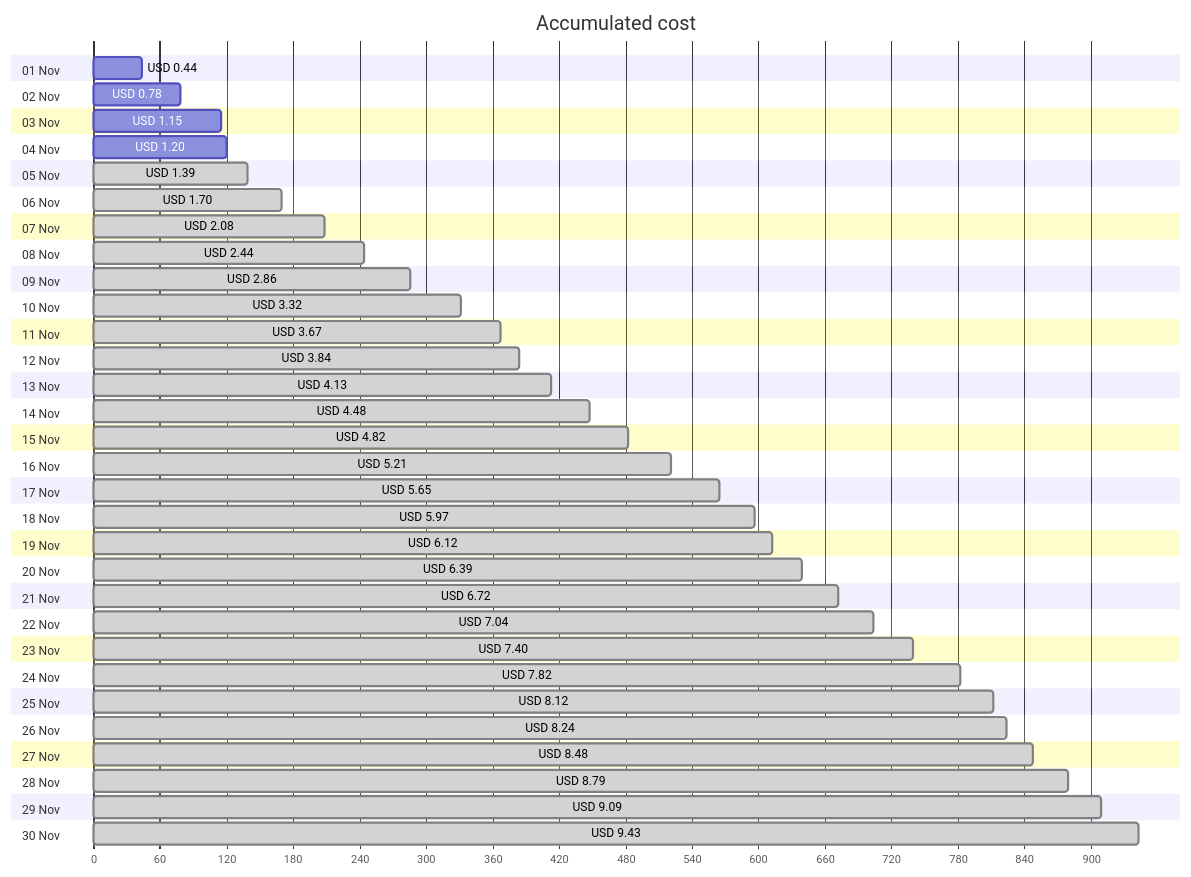
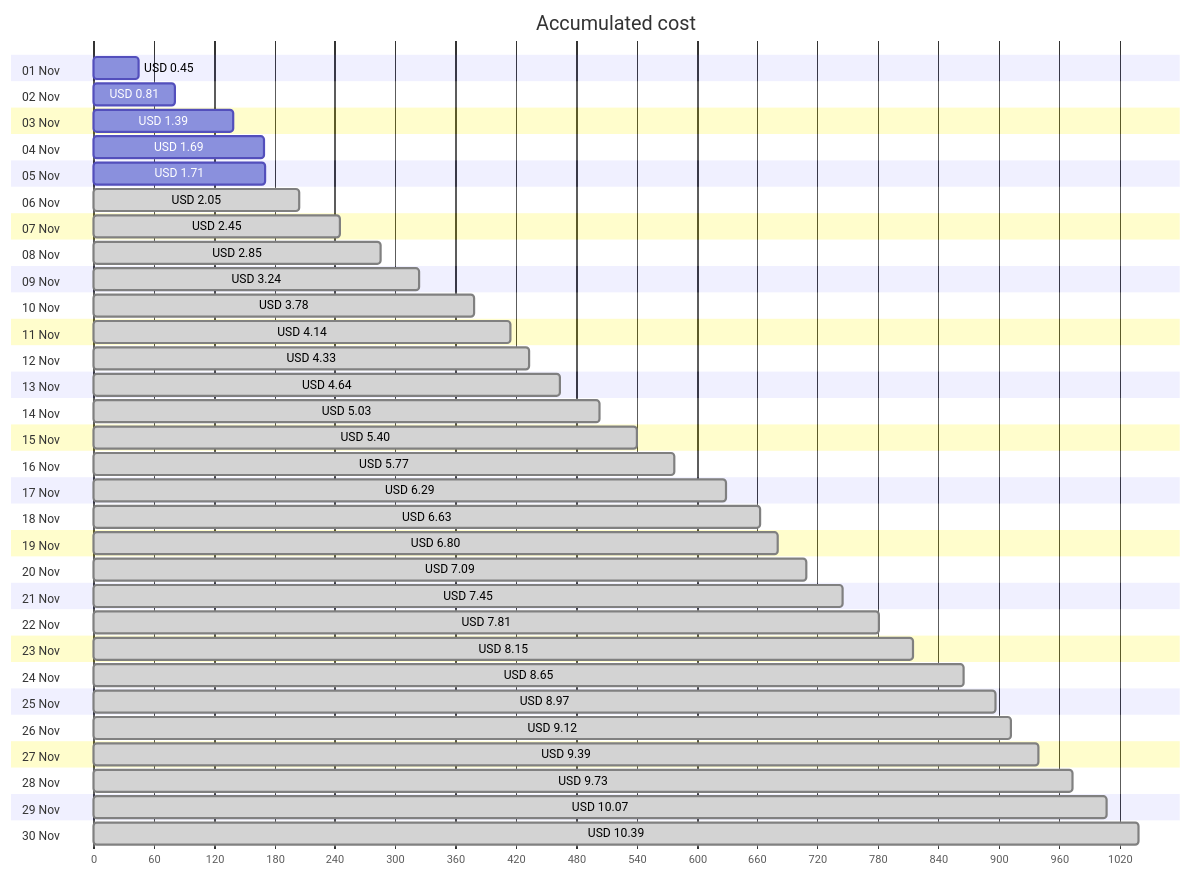
One commit to jpfulton/azure-personal-reports changed the first of 4 diagrams in cost-reports/personal-network/vpn-server.md. Above: the diagram before and after it, drawn with Mermaid. The commit also changed other lines of this file and 8 other files, not shown here.

````diff
--- a/cost-reports/personal-network/vpn-server.md
+++ b/cost-reports/personal-network/vpn-server.md
@@ -20,66 +20,66 @@
 ```mermaid
 gantt
    title Accumulated cost
    dateFormat  X
    axisFormat %s
    section 01 Nov
-   USD 0.44 :0, 44
+   USD 0.45 :0, 45
    section 02 Nov
-   USD 0.78 :0, 78
+   USD 0.81 :0, 81
    section 03 Nov
-   USD 1.15 :0, 115
+   USD 1.39 :0, 139
    section 04 Nov
-   USD 1.20 :0, 120
+   USD 1.69 :0, 169
    section 05 Nov
-   USD 1.39 : done, 0, 139
+   USD 1.71 :0, 171
    section 06 Nov
-   USD 1.70 : done, 0, 170
+   USD 2.05 : done, 0, 205
    section 07 Nov
-   USD 2.08 : done, 0, 208
+   USD 2.45 : done, 0, 245
    section 08 Nov
-   USD 2.44 : done, 0, 244
+   USD 2.85 : done, 0, 285
    section 09 Nov
-   USD 2.86 : done, 0, 286
+   USD 3.24 : done, 0, 324
    section 10 Nov
-   USD 3.32 : done, 0, 332
+   USD 3.78 : done, 0, 378
    section 11 Nov
-   USD 3.67 : done, 0, 367
+   USD 4.14 : done, 0, 414
    section 12 Nov
-   USD 3.84 : done, 0, 384
+   USD 4.33 : done, 0, 433
    section 13 Nov
-   USD 4.13 : done, 0, 413
+   USD 4.64 : done, 0, 464
    section 14 Nov
-   USD 4.48 : done, 0, 448
+   USD 5.03 : done, 0, 503
    section 15 Nov
-   USD 4.82 : done, 0, 482
+   USD 5.40 : done, 0, 540
    section 16 Nov
-   USD 5.21 : done, 0, 521
+   USD 5.77 : done, 0, 577
    section 17 Nov
-   USD 5.65 : done, 0, 565
+   USD 6.29 : done, 0, 629
    section 18 Nov
-   USD 5.97 : done, 0, 597
+   USD 6.63 : done, 0, 663
    section 19 Nov
-   USD 6.12 : done, 0, 612
+   USD 6.80 : done, 0, 680
    section 20 Nov
-   USD 6.39 : done, 0, 639
+   USD 7.09 : done, 0, 709
    section 21 Nov
-   USD 6.72 : done, 0, 672
+   USD 7.45 : done, 0, 745
    section 22 Nov
-   USD 7.04 : done, 0, 704
+   USD 7.81 : done, 0, 781
    section 23 Nov
-   USD 7.40 : done, 0, 740
+   USD 8.15 : done, 0, 815
    section 24 Nov
-   USD 7.82 : done, 0, 782
+   USD 8.65 : done, 0, 865
    section 25 Nov
-   USD 8.12 : done, 0, 812
+   USD 8.97 : done, 0, 897
    section 26 Nov
-   USD 8.24 : done, 0, 824
+   USD 9.12 : done, 0, 912
    section 27 Nov
-   USD 8.48 : done, 0, 848
+   USD 9.39 : done, 0, 939
    section 28 Nov
-   USD 8.79 : done, 0, 879
+   USD 9.73 : done, 0, 973
    section 29 Nov
-   USD 9.09 : done, 0, 909
+   USD 10.07 : done, 0, 1007
    section 30 Nov
-   USD 9.43 : done, 0, 943
+   USD 10.39 : done, 0, 1039
 ```
````
